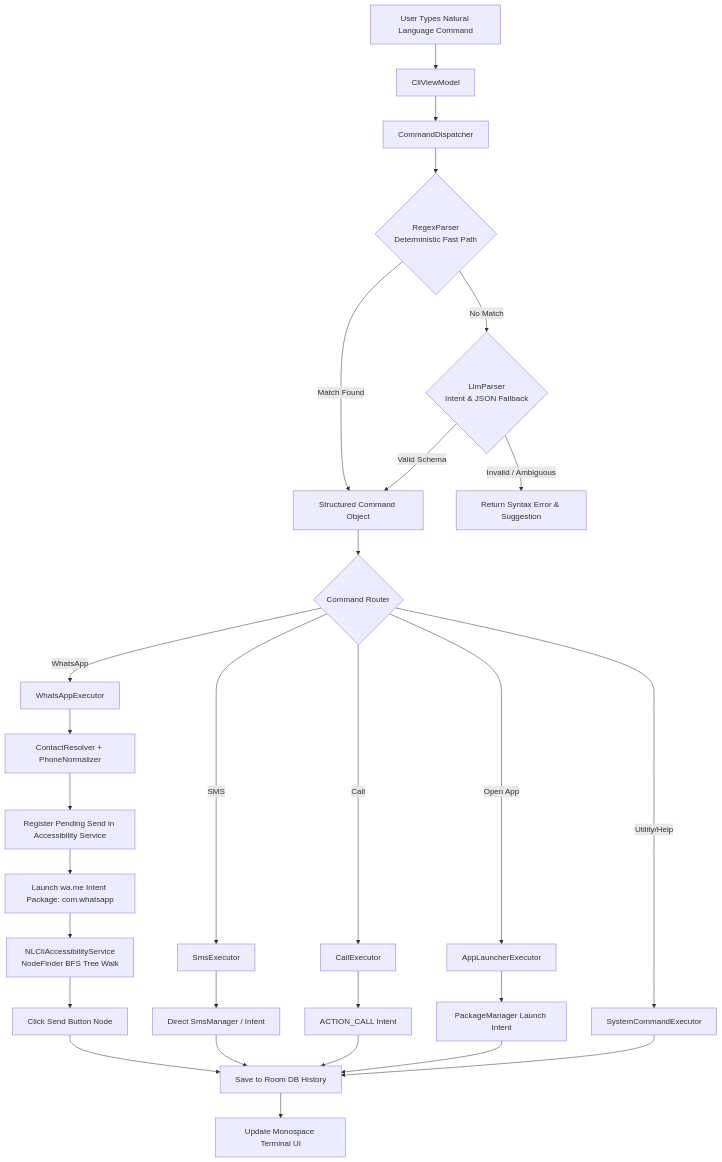
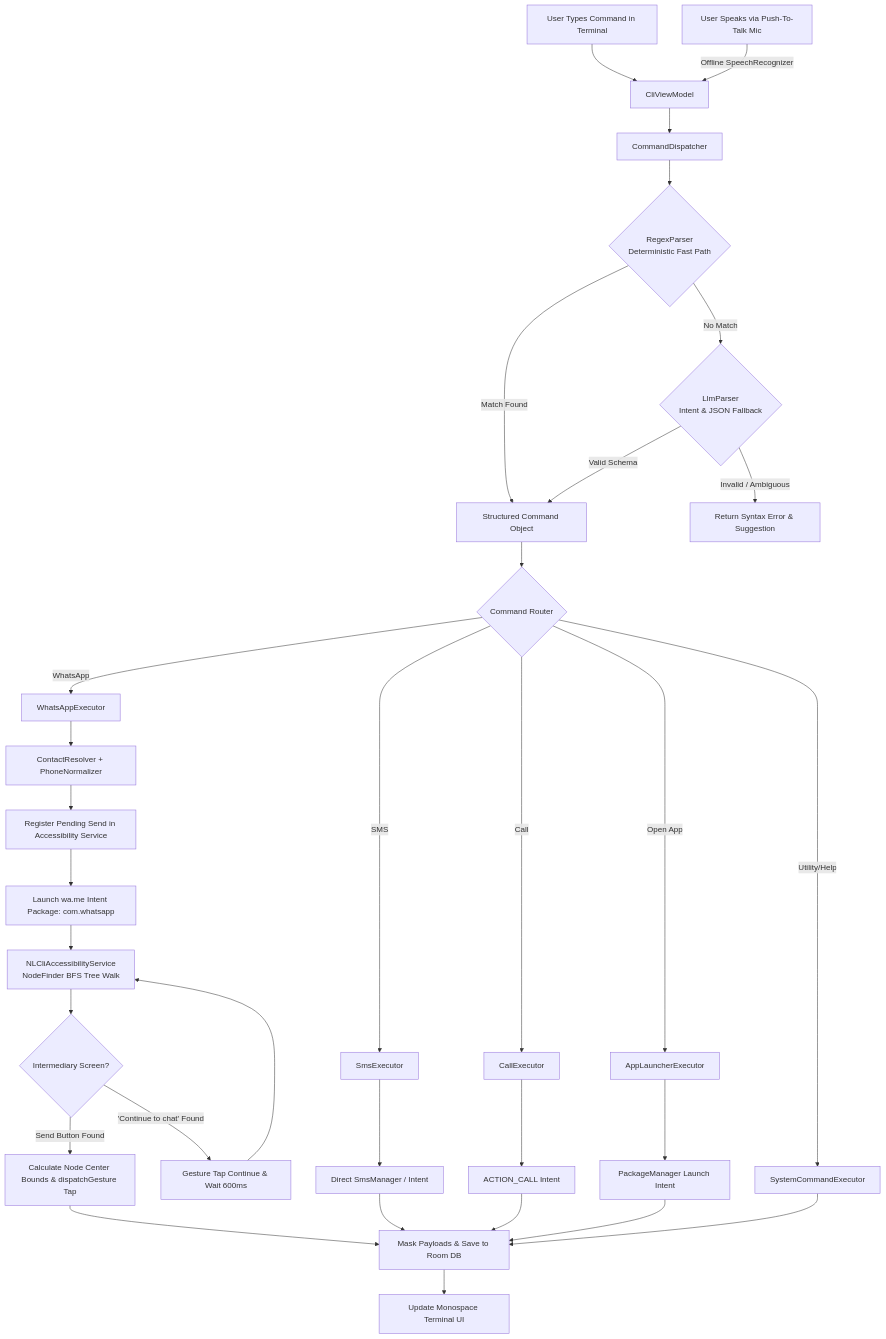
Before and after one commit to gintama1018/ANDROID-CLI-APPLICATION: the first of 3 diagrams in README.md, drawn with Mermaid. The commit also changed other lines of this file and 12 other files, not shown here.

Commit message:
fix(automation): implement coordinate-based dispatchGesture tap & intermediate screen handling; feat(voice): add offline push-to-talk; sec: mask rawInput in DB & disable auto backup

````diff
--- a/README.md
+++ b/README.md
@@ -60,37 +62,41 @@
 ```mermaid
 flowchart TD
-    A[User Types Natural Language Command] --> B[CliViewModel]
+    A1[User Types Command in Terminal] --> B[CliViewModel]
+    A2[User Speaks via Push-To-Talk Mic] -->|Offline SpeechRecognizer| B
     B --> C[CommandDispatcher]
     C --> D{RegexParser<br/>Deterministic Fast Path}
     
     D -- Match Found --> G[Structured Command Object]
     D -- No Match --> E{LlmParser<br/>Intent & JSON Fallback}
     
     E -- Valid Schema --> G
     E -- Invalid / Ambiguous --> F[Return Syntax Error & Suggestion]
     
     G --> H{Command Router}
     
     H -- WhatsApp --> I[WhatsAppExecutor]
     H -- SMS --> J[SmsExecutor]
     H -- Call --> K[CallExecutor]
     H -- Open App --> L[AppLauncherExecutor]
     H -- Utility/Help --> M[SystemCommandExecutor]
     
     I --> N[ContactResolver + PhoneNormalizer]
     N --> O[Register Pending Send in Accessibility Service]
     O --> P[Launch wa.me Intent Package: com.whatsapp]
     P --> Q[NLCliAccessibilityService<br/>NodeFinder BFS Tree Walk]
-    Q --> R[Click Send Button Node]
+    Q --> R1{Intermediary Screen?}
+    R1 -- 'Continue to chat' Found --> R2[Gesture Tap Continue & Wait 600ms]
+    R2 --> Q
+    R1 -- Send Button Found --> R3[Calculate Node Center Bounds & dispatchGesture Tap]
     
     J --> S[Direct SmsManager / Intent]
     K --> T[ACTION_CALL Intent]
     L --> U[PackageManager Launch Intent]
     
-    R --> V[Save to Room DB History]
+    R3 --> V[Mask Payloads & Save to Room DB]
     S --> V
     T --> V
     U --> V
     M --> V
     V --> W[Update Monospace Terminal UI]
 ```
````
